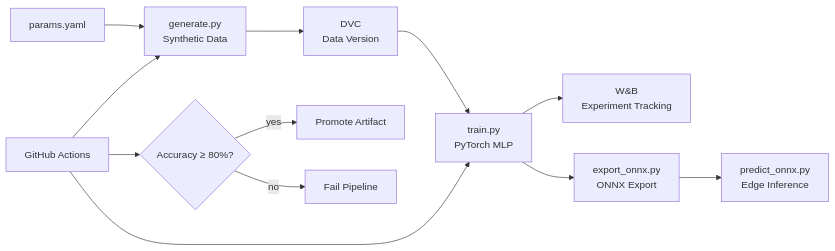
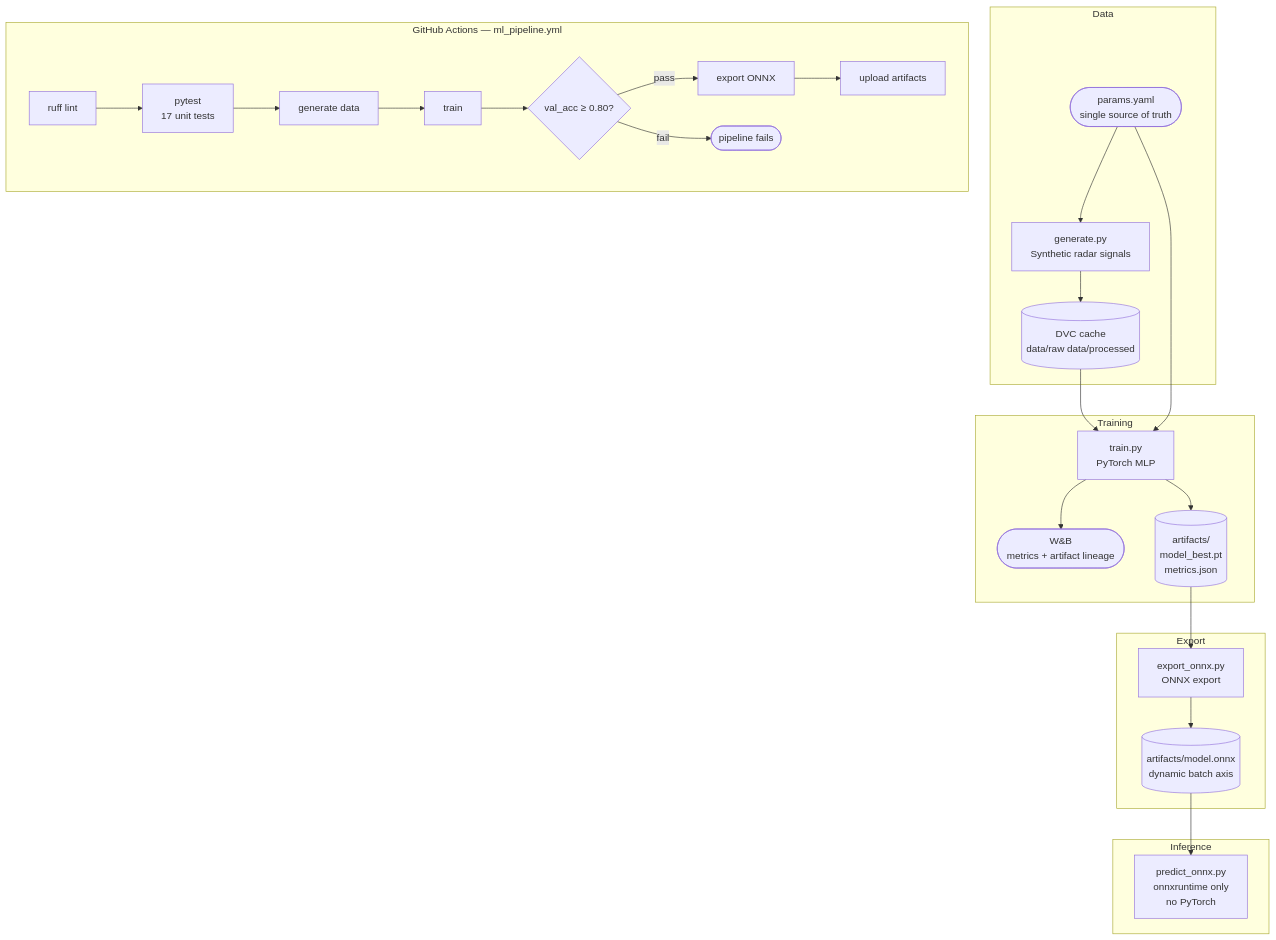
Before and after one commit to Michael-Bach/weibel-mlops-demo: the diagram in README.md, drawn with Mermaid. The commit also changed other lines of this file and 9 other files, not shown here.

First line of the commit message:
feat: unit tests, GitHub Actions CI/CD, ONNX inference, and final README

````diff
--- a/README.md
+++ b/README.md
@@ -47,14 +14,36 @@
 ```mermaid
-flowchart LR
-    A[params.yaml] --> B[generate.py\nSynthetic Data]
-    B --> C[DVC\nData Version]
-    C --> D[train.py\nPyTorch MLP]
-    D --> E[W&B\nExperiment Tracking]
-    D --> F[export_onnx.py\nONNX Export]
-    F --> G[predict_onnx.py\nEdge Inference]
-    H[GitHub Actions] --> B
-    H --> D
-    H --> I{Accuracy ≥ 80%?}
-    I -->|yes| J[Promote Artifact]
-    I -->|no| K[Fail Pipeline]
+flowchart TD
+    P([params.yaml\nsingle source of truth])
+
+    subgraph Data
+        P --> G[generate.py\nSynthetic radar signals]
+        G --> DVC[(DVC cache\ndata/raw  data/processed)]
+    end
+
+    subgraph Training
+        DVC --> T[train.py\nPyTorch MLP]
+        P --> T
+        T --> WB([W&B\nmetrics + artifact lineage])
+        T --> M[(artifacts/\nmodel_best.pt\nmetrics.json)]
+    end
+
+    subgraph Export
+        M --> X[export_onnx.py\nONNX export]
+        X --> O[(artifacts/model.onnx\ndynamic batch axis)]
+    end
+
+    subgraph Inference
+        O --> I[predict_onnx.py\nonnxruntime only\nno PyTorch]
+    end
+
+    subgraph CI["GitHub Actions — ml_pipeline.yml"]
+        direction LR
+        L[ruff lint] --> UT[pytest\n17 unit tests]
+        UT --> GD[generate data]
+        GD --> TR[train]
+        TR --> EV{val_acc ≥ 0.80?}
+        EV -->|pass| EX[export ONNX]
+        EV -->|fail| STOP([pipeline fails])
+        EX --> UP[upload artifacts]
+    end
 ```
````
